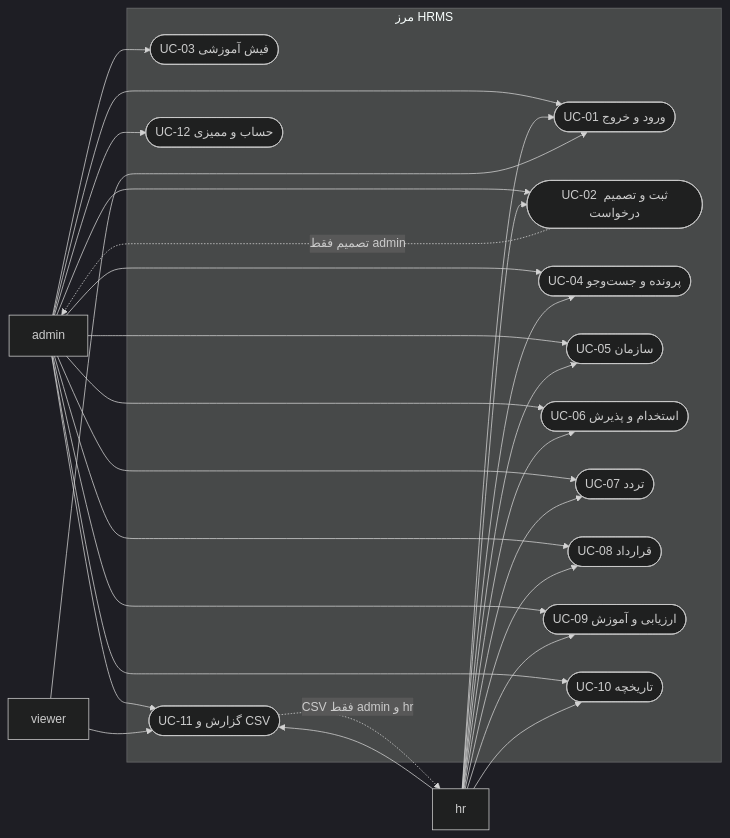
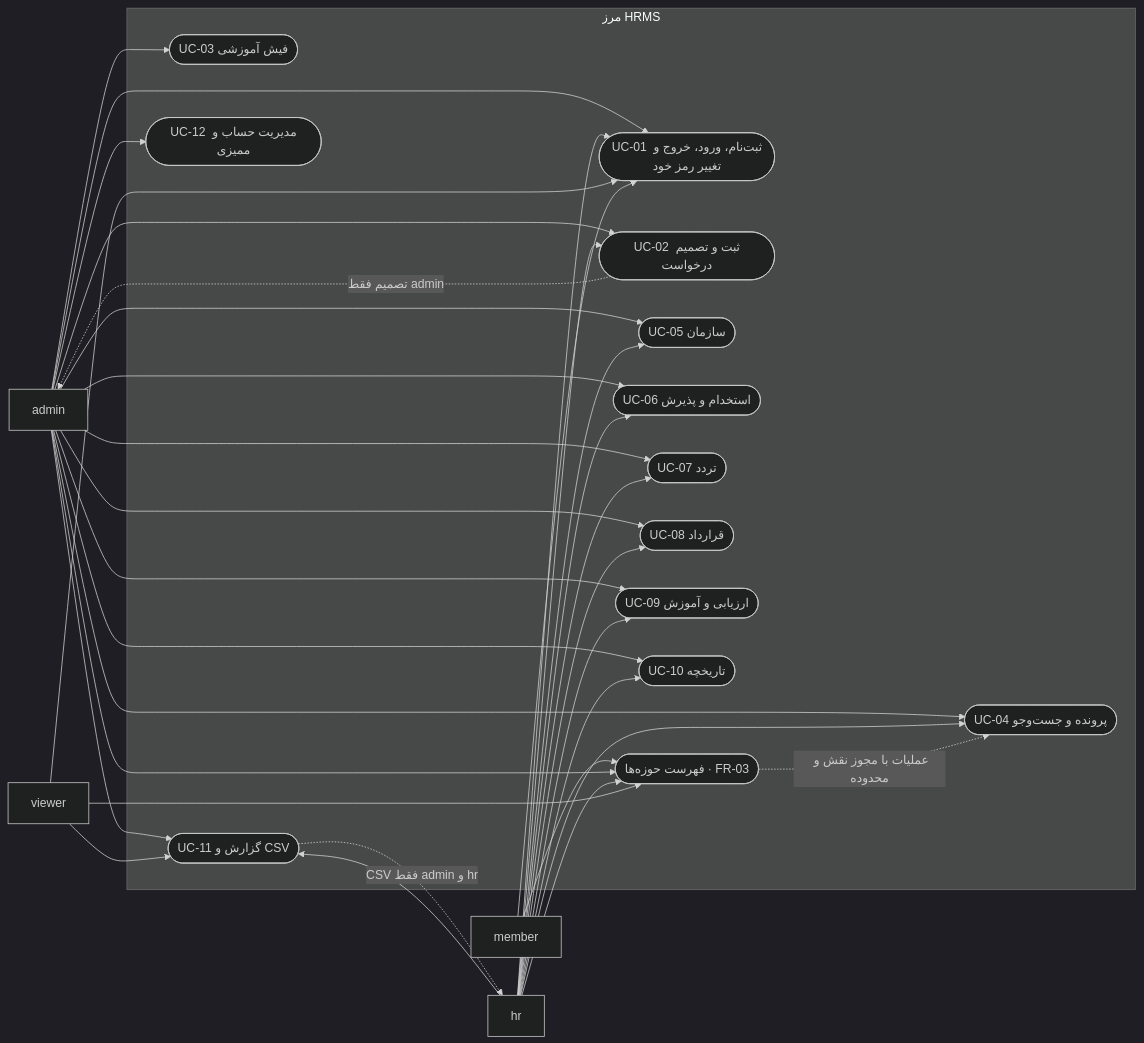
Before and after one commit to MahdySayyar/hrms-project: the diagram in models/use-cases.mmd, drawn with Mermaid (dark theme). The commit also changed 3 other files, not shown here.

Commit message:
Align HRMS role and session models with current flows

```diff
--- a/models/use-cases.mmd
+++ b/models/use-cases.mmd
@@ -1,24 +1,29 @@
 %% UCM-01 — Use-case model
 flowchart LR
     Admin["admin"]
     HR["hr"]
     Viewer["viewer"]
+    Member["member"]
     subgraph System["مرز HRMS"]
-      U1(["UC-01 ورود و خروج"])
+      U1(["UC-01 ثبت‌نام، ورود، خروج و تغییر رمز خود"])
       U2(["UC-02 ثبت و تصمیم درخواست"])
       U3(["UC-03 فیش آموزشی"])
       U4(["UC-04 پرونده و جست‌وجو"])
       U5(["UC-05 سازمان"])
       U6(["UC-06 استخدام و پذیرش"])
       U7(["UC-07 تردد"])
       U8(["UC-08 قرارداد"])
       U9(["UC-09 ارزیابی و آموزش"])
       U10(["UC-10 تاریخچه"])
       U11(["UC-11 گزارش و CSV"])
-      U12(["UC-12 حساب و ممیزی"])
+      U12(["UC-12 مدیریت حساب و ممیزی"])
+      Directory(["فهرست حوزه‌ها · FR-03"])
     end
     Admin --> U1 & U2 & U3 & U4 & U5 & U6 & U7 & U8 & U9 & U10 & U11 & U12
     HR --> U1 & U2 & U4 & U5 & U6 & U7 & U8 & U9 & U10 & U11
     Viewer --> U1 & U11
+    Member --> U1 & Directory
+    Admin & HR & Viewer --> Directory
+    Directory -.->|"عملیات با مجوز نقش و محدوده"| U4
     U2 -.->|"تصمیم فقط admin"| Admin
     U11 -.->|"CSV فقط admin و hr"| HR
```
